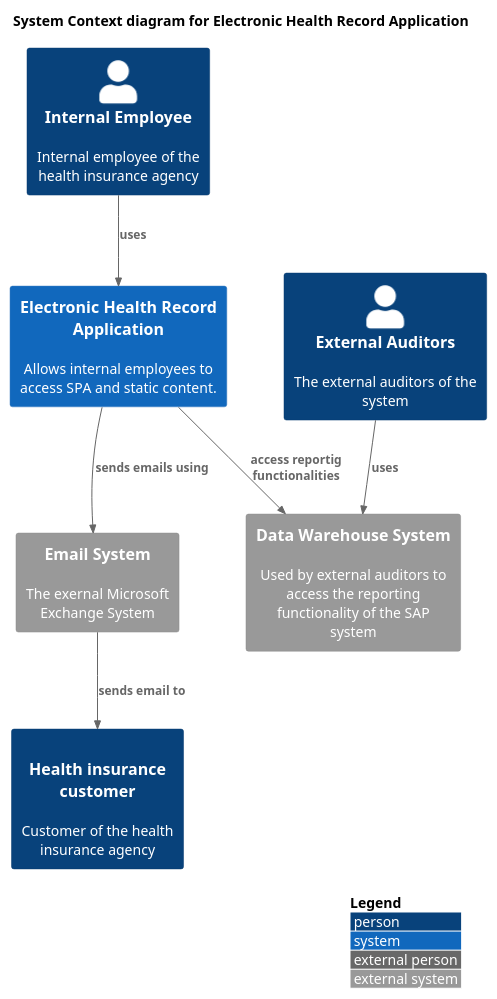
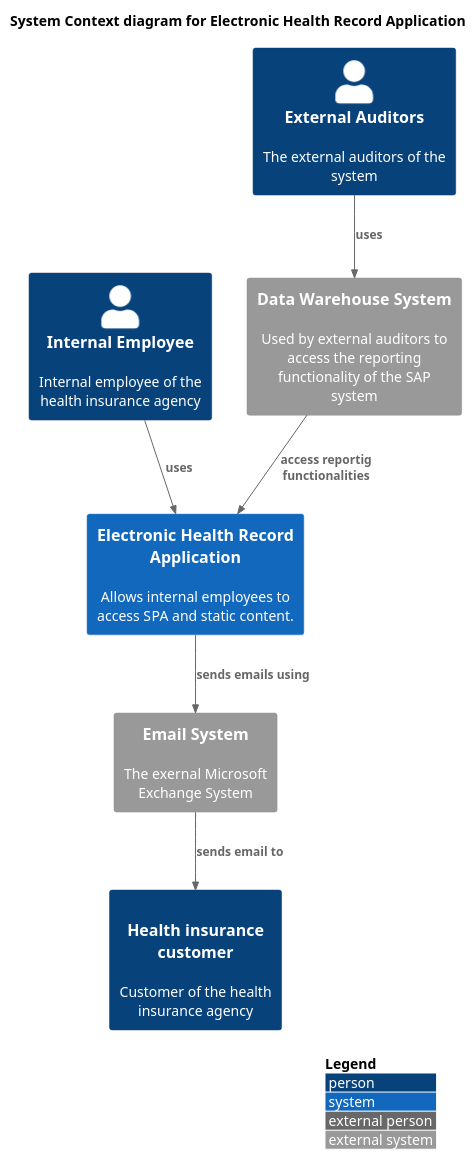
Before and after one commit to patricpoba/msem-sw.arch-c4-model-assignment: the diagram in level-1_system-context.puml, drawn with PlantUML. The commit also changed 1 other file, not shown here.

Commit message:
re-export diagrams

```diff
--- a/level-1_system-context.puml
+++ b/level-1_system-context.puml
@@ -1,31 +1,23 @@
 @startuml
 !include https://raw.githubusercontent.com/plantuml-stdlib/C4-PlantUML/master/C4_Context.puml
 
 LAYOUT_WITH_LEGEND()
 
 title System Context diagram for Electronic Health Record Application
 
 Person(employee, "Internal Employee", "Internal employee of the health insurance agency")
 Person(customer, "Health insurance customer", "Customer of the health insurance agency", "user")
 Person(auditor, "External Auditors", "The external auditors of the system")
 
 System(app, "Electronic Health Record Application", "Allows internal employees to access SPA and static content.")
-
-' System(apiServer, "Api Application", "Provides the overall accounting functionality by providing a synchronous JSON/HTTPS based API")
-
+ 
 System_Ext(emailSystem, "Email System", "The exernal Microsoft Exchange System")
 System_Ext(dataWHS, "Data Warehouse System", "Used by external auditors to access the reporting functionality of the SAP system")
-' System_Ext(sapSystem, "SAP System", "SAP R/3 System connected asynchronously using RFC (Remote Function Call)")
-
-Rel(employee, app, "uses")
-' Rel(app, apiServer, "accesses functionalities")
+ 
+Rel(employee, app, "uses") 
 Rel(app, emailSystem, "sends emails using")
 Rel(emailSystem, customer, "sends email to")
-Rel(app, dataWHS, "access reportig functionalities")
-' Rel(apiServer, sapSystem, "uses")
-' Rel(customer, app, "uses")
+Rel(dataWHS, app, "access reportig functionalities") 
 Rel(auditor, dataWHS, "uses")
 
- 
-
 @enduml
```
